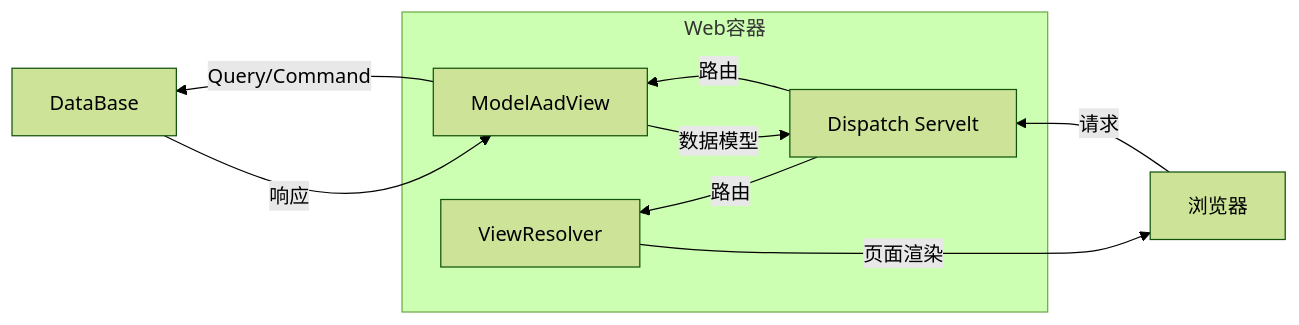
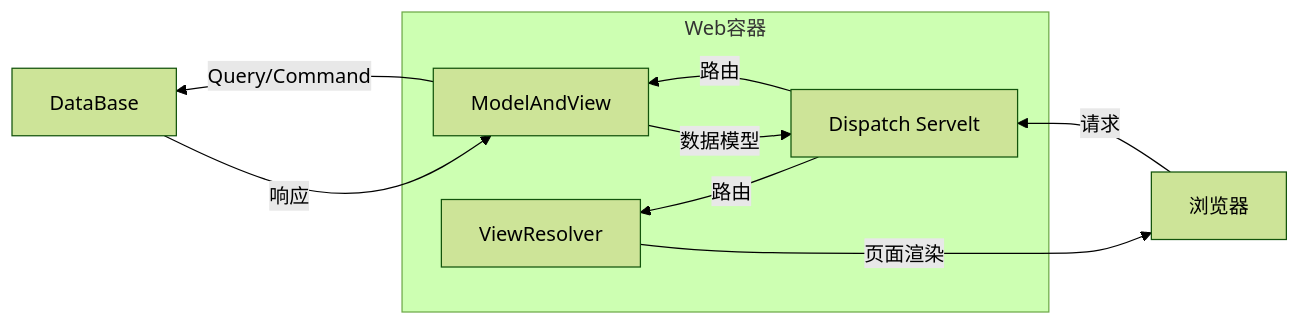
Before and after one commit to istarwyh/MyRoad: the second of 2 diagrams in docs/Vnote/Java/Spring Boot/Sping ini.md, drawn with Mermaid (forest theme). The commit also changed other lines of this file and 10 other files, not shown here.

````diff
--- a/docs/Vnote/Java/Spring Boot/Sping ini.md
+++ b/docs/Vnote/Java/Spring Boot/Sping ini.md
@@ -200,12 +220,12 @@
 ```mermaid
 graph RL
 id1[浏览器]--请求-->id2[Dispatch Servelt]
     subgraph Web容器
-    id2--路由-->id3[ModelAadView]
+    id2--路由-->id3[ModelAndView]
     id3--数据模型-->id2
     id2--路由-->id4[ViewResolver]
     end
 id3--Query/Command-->id5[DataBase]
 id5--响应-->id3
 id4--页面渲染-->id1
 ```
````
